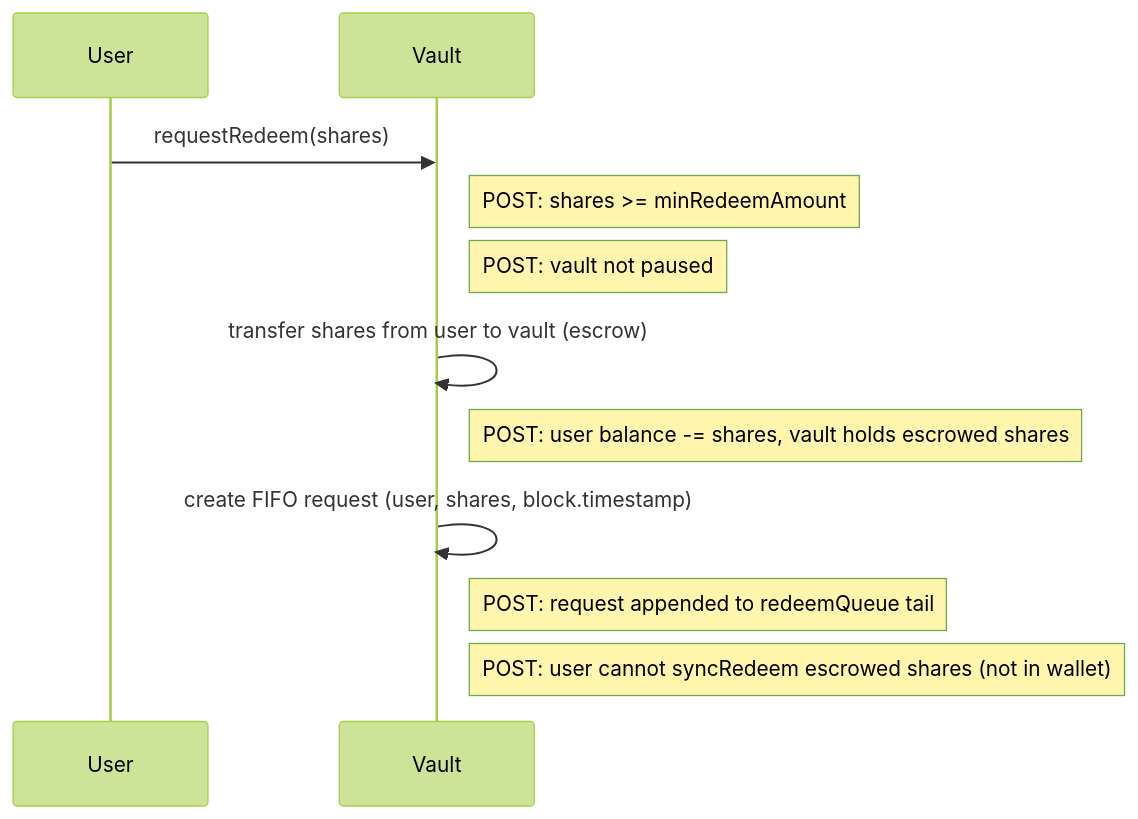
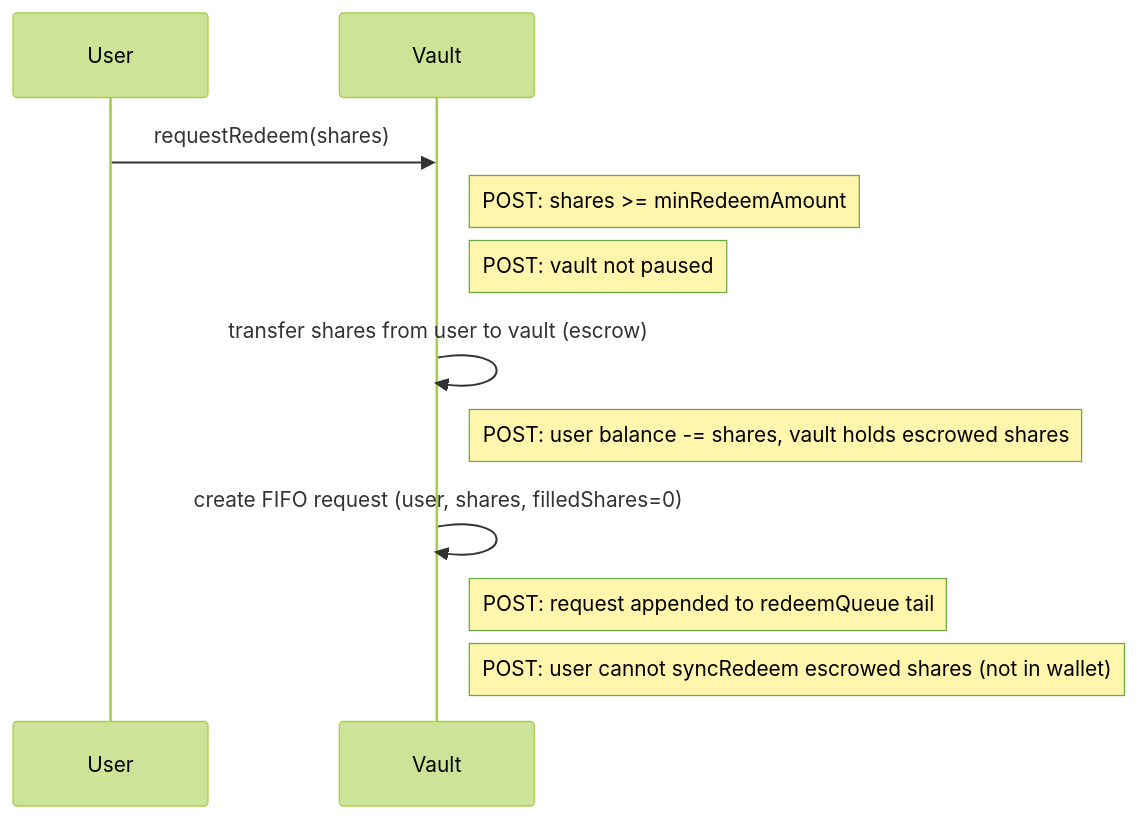
One commit to evgenynacu/leverage-vaults changed the third of 20 diagrams in docs/architecture/call-diagrams.md. Above: the diagram before and after it, drawn with Mermaid (forest theme). The commit also changed other lines of this file and 25 other files, not shown here.

````diff
--- a/docs/architecture/call-diagrams.md
+++ b/docs/architecture/call-diagrams.md
@@ -65,11 +35,11 @@
 ```mermaid
 sequenceDiagram
     User->>Vault: requestRedeem(shares)
     note right of Vault: POST: shares >= minRedeemAmount
     note right of Vault: POST: vault not paused
     Vault->>Vault: transfer shares from user to vault (escrow)
     note right of Vault: POST: user balance -= shares, vault holds escrowed shares
-    Vault->>Vault: create FIFO request (user, shares, block.timestamp)
+    Vault->>Vault: create FIFO request (user, shares, filledShares=0)
     note right of Vault: POST: request appended to redeemQueue tail
     note right of Vault: POST: user cannot syncRedeem escrowed shares (not in wallet)
 ```
````
